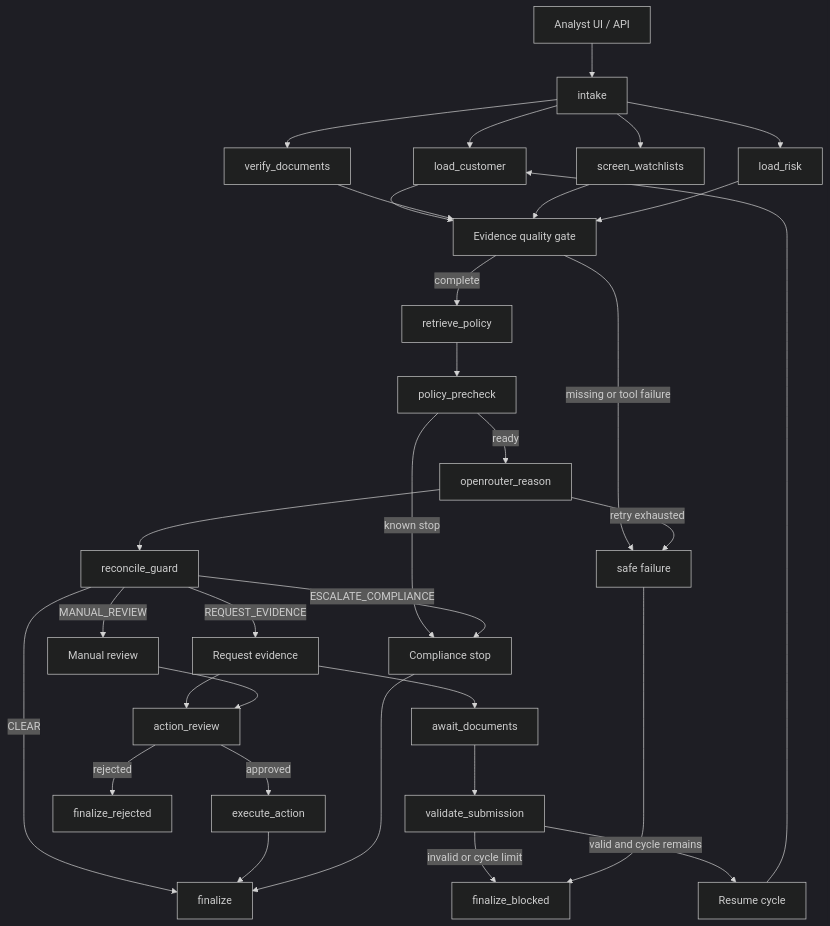
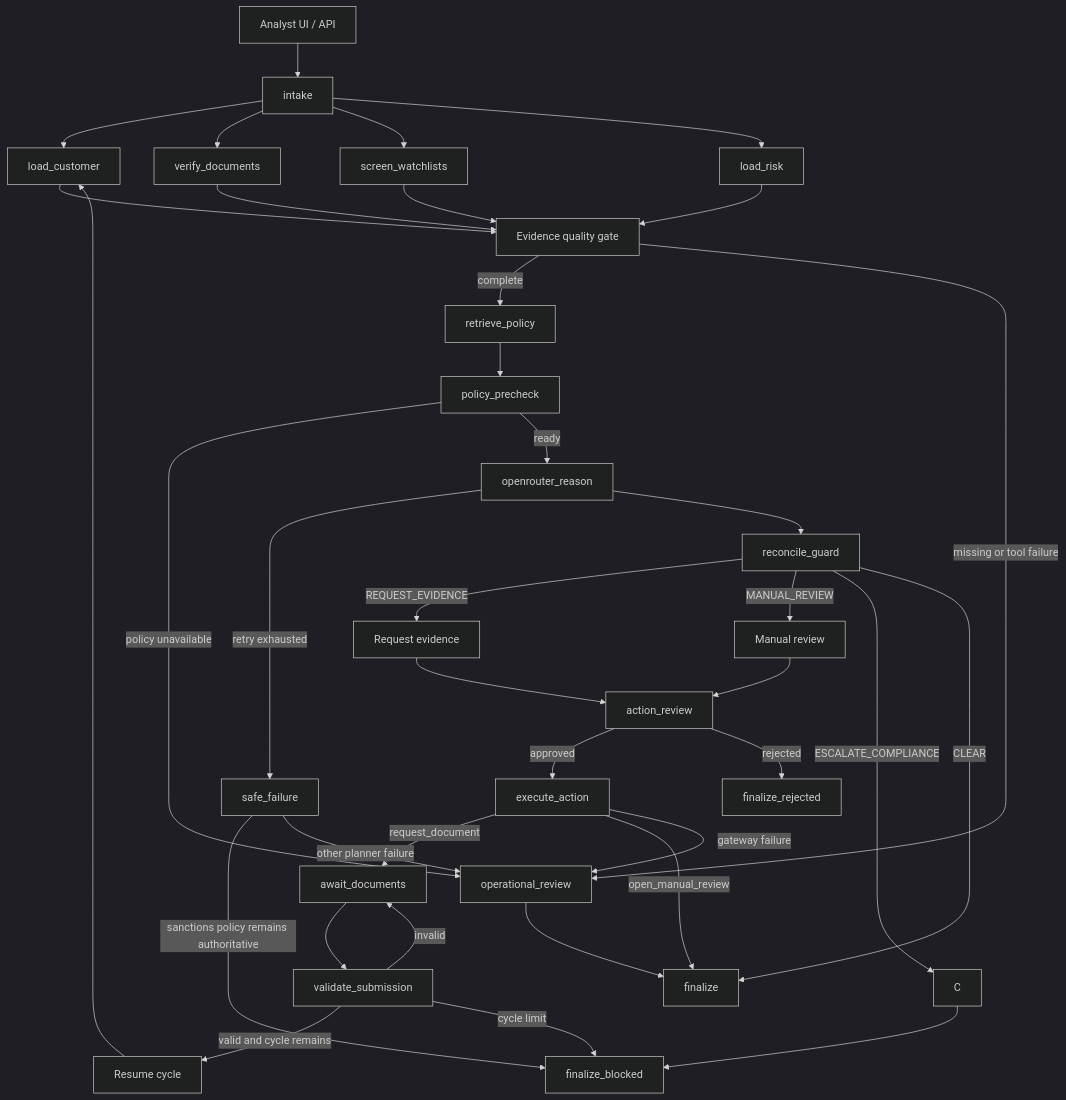
The diagram in docs/ARCHITECTURE.md (vmthanh/kyc-agent-demo), drawn with Mermaid (dark theme) before and after one commit. The commit also changed 8 other files, not shown here.

````diff
--- a/docs/ARCHITECTURE.md
+++ b/docs/ARCHITECTURE.md
@@ -5,35 +5,39 @@
 ```mermaid
 flowchart TB
   UI[Analyst UI / API] --> I[intake]
   I --> G1[load_customer]
   I --> G2[verify_documents]
   I --> G3[screen_watchlists]
   I --> G4[load_risk]
   G1 --> E[Evidence quality gate]
   G2 --> E
   G3 --> E
   G4 --> E
   E -->|complete| R[retrieve_policy]
-  E -->|missing or tool failure| F[safe failure]
+  E -->|missing or tool failure| OPR[operational_review]
   R --> P[policy_precheck]
-  P -->|known stop| C[Compliance stop]
+  P -->|policy unavailable| OPR
   P -->|ready| O[openrouter_reason]
+  F[safe_failure] -->|sanctions policy remains authoritative| B[finalize_blocked]
+  F -->|other planner failure| OPR
   O -->|retry exhausted| F
   O --> Q[reconcile_guard]
   Q -->|REQUEST_EVIDENCE| D[Request evidence]
   Q -->|MANUAL_REVIEW| M[Manual review]
   Q -->|ESCALATE_COMPLIANCE| C
   Q -->|CLEAR| Z[finalize]
   D --> A[action_review]
   M --> A
   A -->|approved| X[execute_action]
   A -->|rejected| ZR[finalize_rejected]
-  X --> Z
-  D --> W[await_documents]
+  X -->|request_document| W[await_documents]
+  X -->|open_manual_review| Z
+  X -->|gateway failure| OPR[operational_review]
   W --> V[validate_submission]
   V -->|valid and cycle remains| L[Resume cycle]
   L --> G1
-  V -->|invalid or cycle limit| B[finalize_blocked]
-  F --> B
-  C --> Z
+  V -->|invalid| W
+  V -->|cycle limit| B
+  OPR --> Z
+  C --> B
 ```
````
